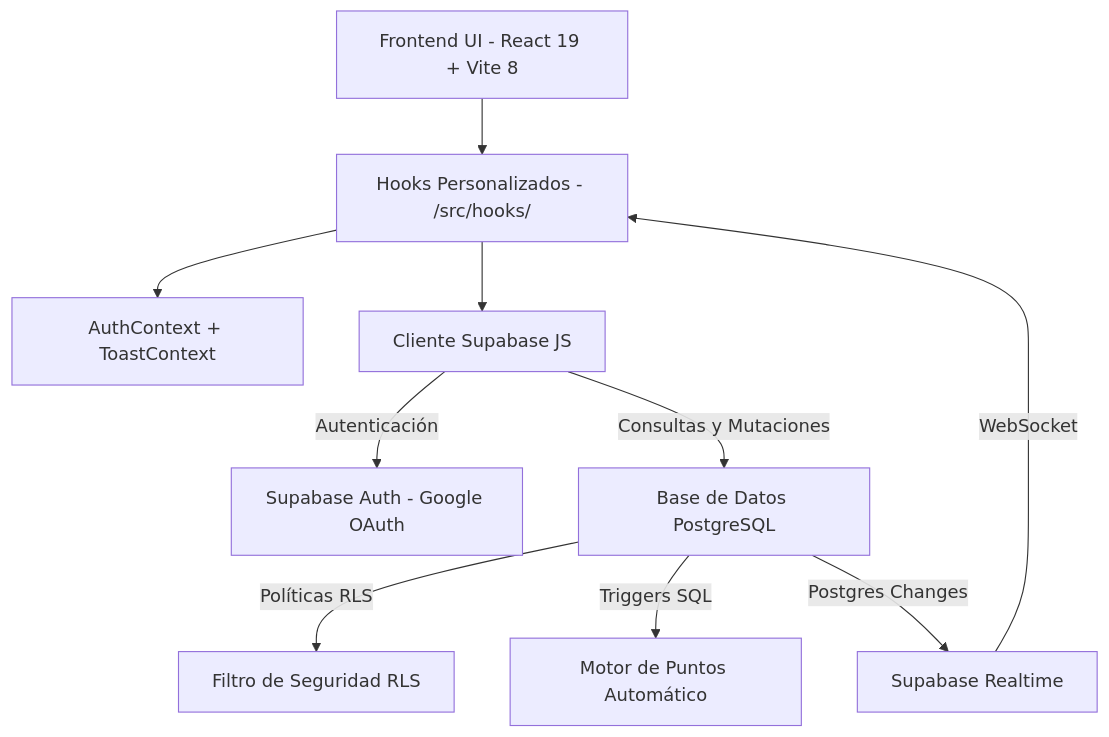
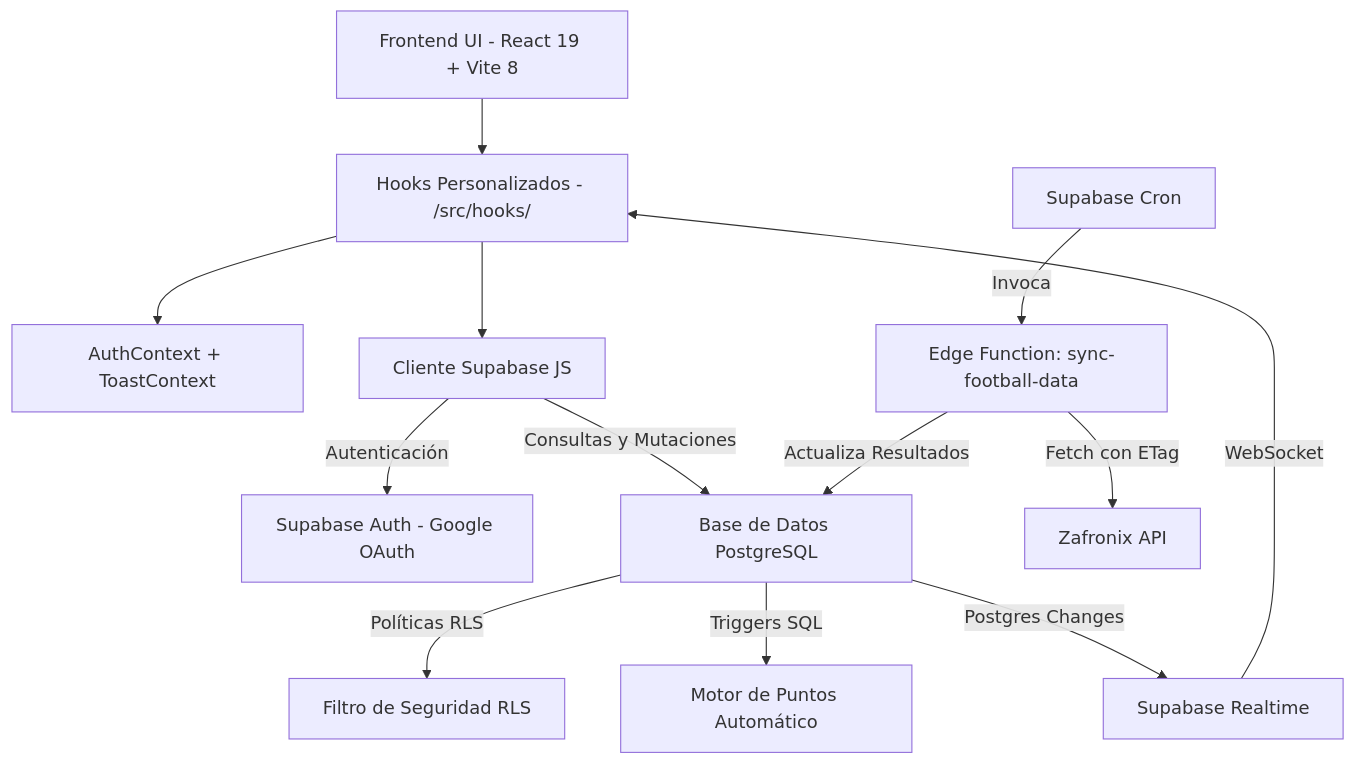
One commit to AlexisAcevedo/ProdeMundial changed the diagram in README.md. Above: the diagram before and after it, drawn with Mermaid. The commit also changed other lines of this file and 4 other files, not shown here.

Commit message:
feat: migrate to Zafronix API and optimize sync with ETags

````diff
--- a/README.md
+++ b/README.md
@@ -59,14 +59,18 @@
 ```mermaid
 graph TD
     UI[Frontend UI - React 19 + Vite 8] --> Hooks[Hooks Personalizados - /src/hooks/]
     Hooks --> Context[AuthContext + ToastContext]
     Hooks --> SBClient[Cliente Supabase JS]
 
     SBClient -->|Autenticación| SBAuth[Supabase Auth - Google OAuth]
     SBClient -->|Consultas y Mutaciones| SBDB[Base de Datos PostgreSQL]
 
     SBDB -->|Políticas RLS| AccessControl[Filtro de Seguridad RLS]
     SBDB -->|Triggers SQL| ScoreEngine[Motor de Puntos Automático]
     SBDB -->|Postgres Changes| Realtime[Supabase Realtime]
     Realtime -->|WebSocket| Hooks
+    
+    Cron[Supabase Cron] -->|Invoca| EdgeFn[Edge Function: sync-football-data]
+    EdgeFn -->|Fetch con ETag| Zafronix[Zafronix API]
+    EdgeFn -->|Actualiza Resultados| SBDB
 ```
````
